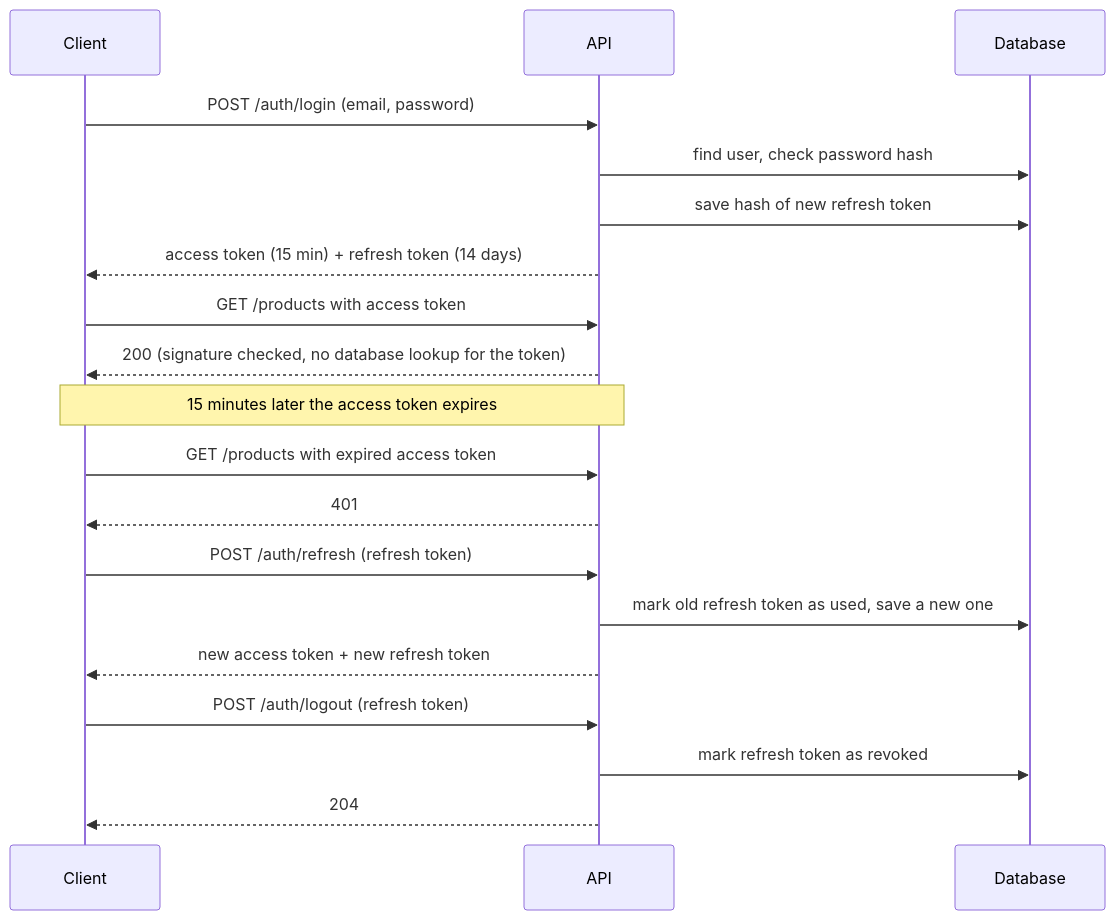
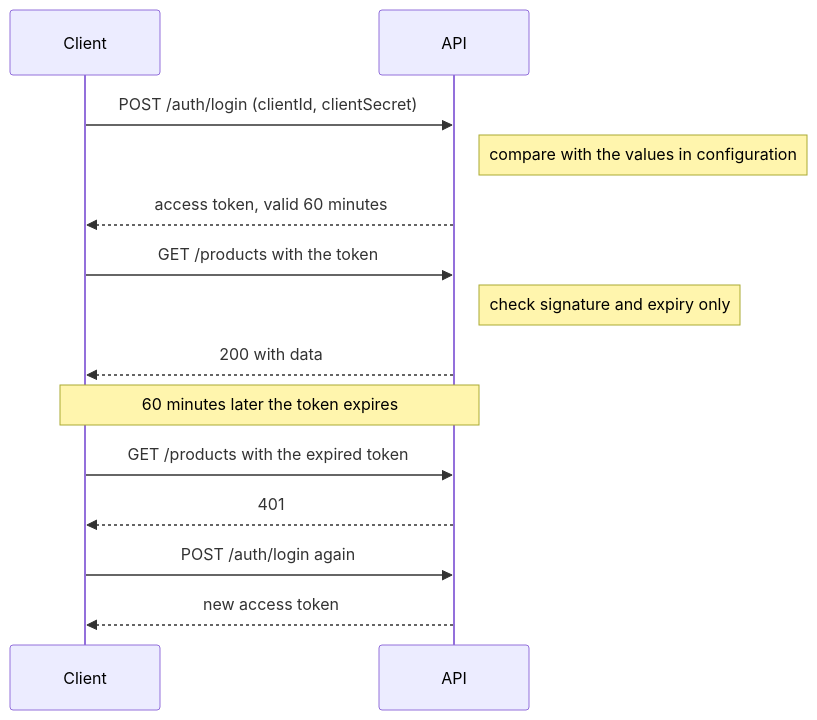
Before and after one commit to tngo0508/standard-minimal-webapi: the first of 2 diagrams in README.md, drawn with Mermaid. The commit also changed other lines of this file and 23 other files, not shown here.

First line of the commit message:
Simplify to stateless JWT auth with config-based client credentials

````diff
--- a/README.md
+++ b/README.md
@@ -303,26 +308,19 @@
 ```mermaid
 sequenceDiagram
     participant C as Client
     participant A as API
-    participant D as Database
 
-    C->>A: POST /auth/login (email, password)
-    A->>D: find user, check password hash
-    A->>D: save hash of new refresh token
-    A-->>C: access token (15 min) + refresh token (14 days)
+    C->>A: POST /auth/login (clientId, clientSecret)
+    Note right of A: compare with the values in configuration
+    A-->>C: access token, valid 60 minutes
 
-    C->>A: GET /products with access token
-    A-->>C: 200 (signature checked, no database lookup for the token)
+    C->>A: GET /products with the token
+    Note right of A: check signature and expiry only
+    A-->>C: 200 with data
 
-    Note over C,A: 15 minutes later the access token expires
-    C->>A: GET /products with expired access token
+    Note over C,A: 60 minutes later the token expires
+    C->>A: GET /products with the expired token
     A-->>C: 401
-
-    C->>A: POST /auth/refresh (refresh token)
-    A->>D: mark old refresh token as used, save a new one
-    A-->>C: new access token + new refresh token
-
-    C->>A: POST /auth/logout (refresh token)
-    A->>D: mark refresh token as revoked
-    A-->>C: 204
+    C->>A: POST /auth/login again
+    A-->>C: new access token
 ```
````
